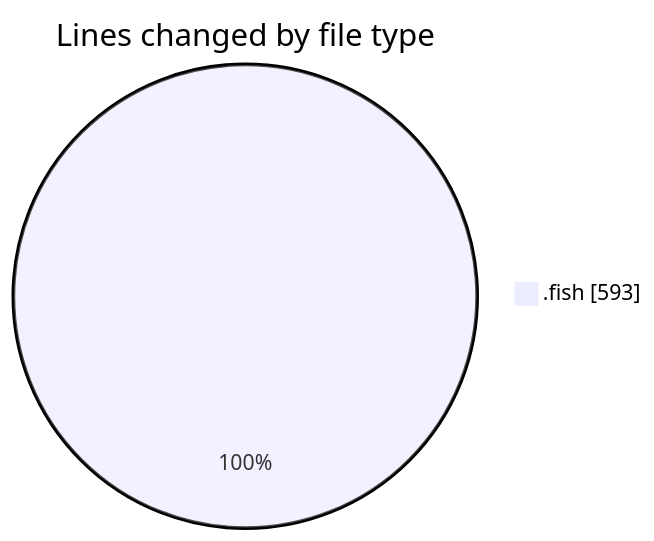
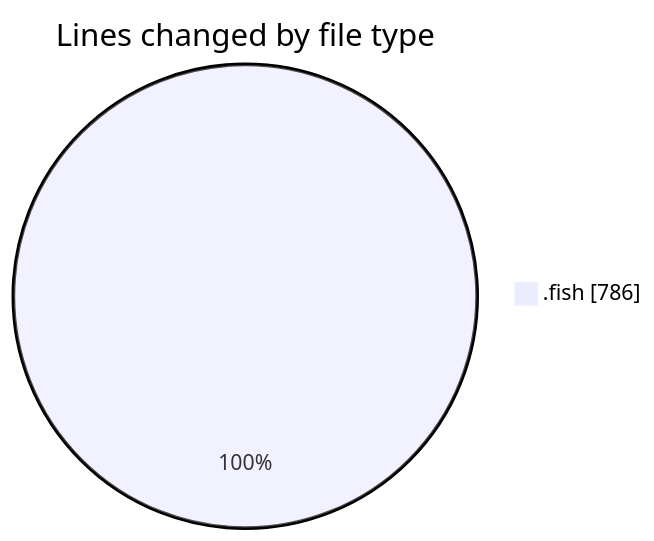
Before and after one commit to EIIisD/code-tracking: the first of 2 diagrams in 2025-07-12/fish/README.md, drawn with Mermaid. The commit also changed other lines of this file and 1 other file, not shown here.

````diff
--- a/2025-07-12/fish/README.md
+++ b/2025-07-12/fish/README.md
@@ -21,5 +21,5 @@
 ```mermaid
 pie showData
 title Lines changed by file type
-".fish" : 593
+".fish" : 786
 ```
````
